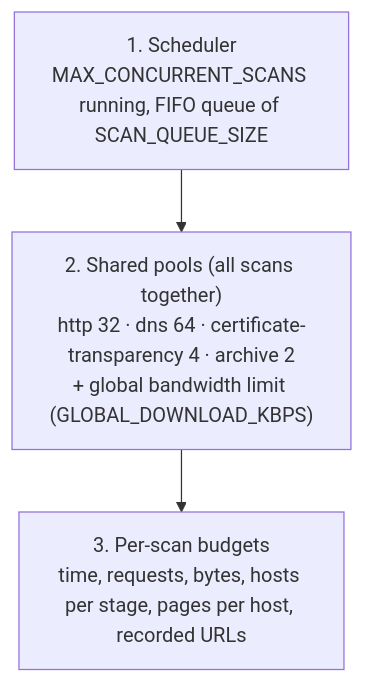
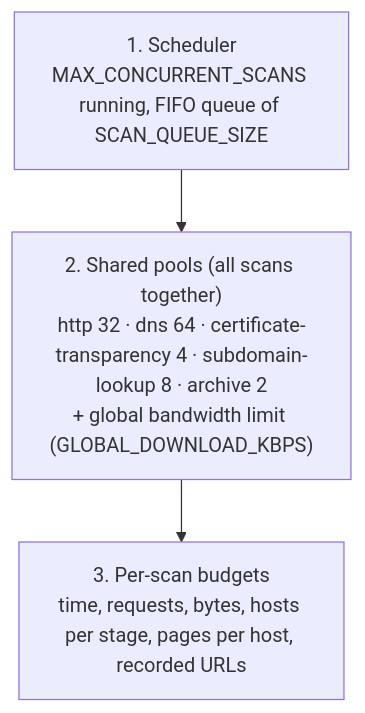
One commit to anandhuremanan/website_mapper changed the third of 3 diagrams in ARCHITECTURE.md. Above: the diagram before and after it, drawn with Mermaid. The commit also changed 3 other files, not shown here.

````diff
--- a/ARCHITECTURE.md
+++ b/ARCHITECTURE.md
@@ -338,6 +338,6 @@
 ```mermaid
 flowchart TB
     A["1. Scheduler<br/>MAX_CONCURRENT_SCANS running, FIFO queue of SCAN_QUEUE_SIZE"] --> B
-    B["2. Shared pools (all scans together)<br/>http 32 · dns 64 · certificate-transparency 4 · archive 2<br/>+ global bandwidth limit (GLOBAL_DOWNLOAD_KBPS)"] --> C
+    B["2. Shared pools (all scans together)<br/>http 32 · dns 64 · certificate-transparency 4 · subdomain-lookup 8 · archive 2<br/>+ global bandwidth limit (GLOBAL_DOWNLOAD_KBPS)"] --> C
     C["3. Per-scan budgets<br/>time, requests, bytes, hosts per stage, pages per host, recorded URLs"]
 ```
````
